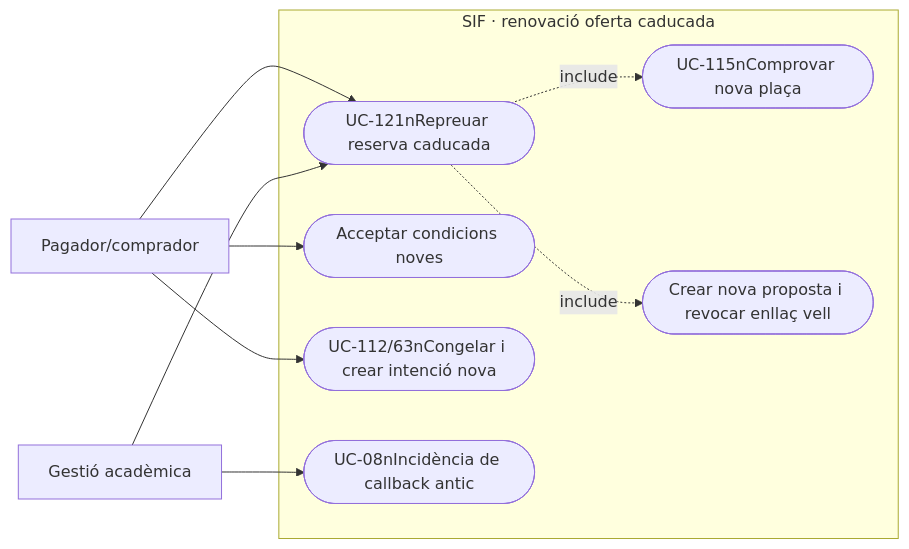
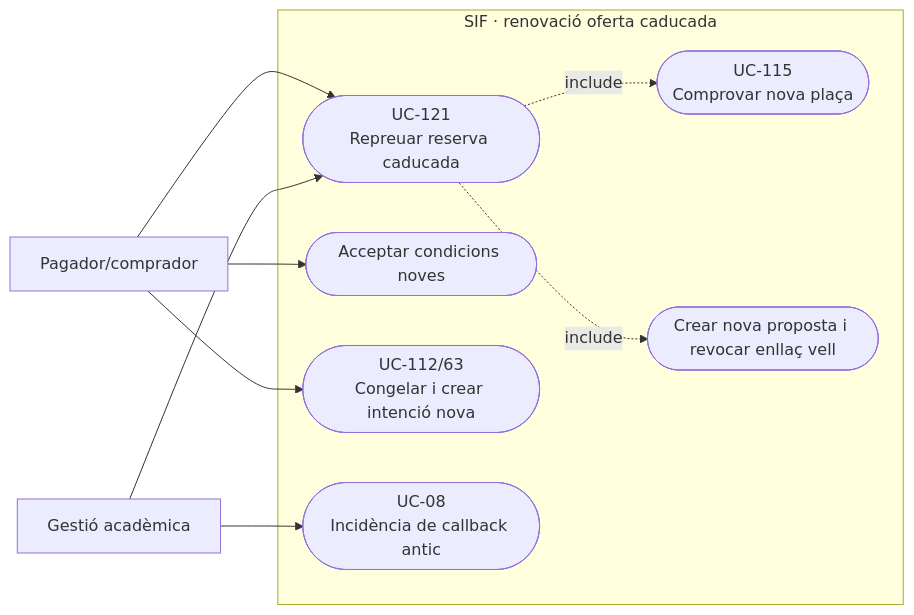
Before and after one commit to orgmeriemprismacat-del/verifactu: the second of 4 diagrams in documentacio/07-uml-integrat/uc-121-repreuar-renovar-reserva-caducada.md, drawn with Mermaid.

Commit message:
docs(uml): corregir salts Mermaid UC-121

````diff
--- a/documentacio/07-uml-integrat/uc-121-repreuar-renovar-reserva-caducada.md
+++ b/documentacio/07-uml-integrat/uc-121-repreuar-renovar-reserva-caducada.md
@@ -89,20 +89,20 @@
 ```mermaid
 flowchart LR
   a_0["Pagador/comprador"]
   a_1["Gestió acadèmica"]
   subgraph SIF_BOUNDARY["SIF · renovació oferta caducada"]
-    u_0(["UC-121nRepreuar reserva caducada"])
-    u_1(["UC-115nComprovar nova plaça"])
+    u_0(["UC-121<br/>Repreuar reserva caducada"])
+    u_1(["UC-115<br/>Comprovar nova plaça"])
     u_2(["Crear nova proposta i revocar enllaç vell"])
     u_3(["Acceptar condicions noves"])
-    u_4(["UC-112/63nCongelar i crear intenció nova"])
-    u_5(["UC-08nIncidència de callback antic"])
+    u_4(["UC-112/63<br/>Congelar i crear intenció nova"])
+    u_5(["UC-08<br/>Incidència de callback antic"])
   end
   a_0 --> u_0
   a_1 --> u_0
   u_0 -.->|include| u_1
   u_0 -.->|include| u_2
   a_0 --> u_3
   a_0 --> u_4
   a_1 --> u_5
 ```
````
